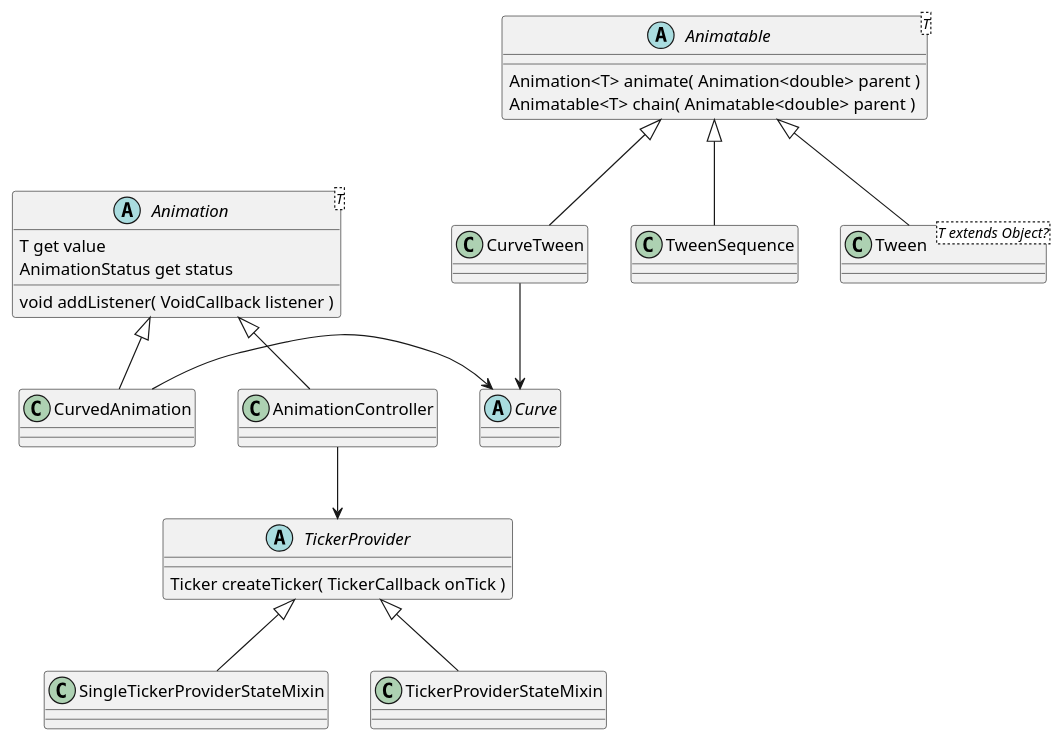
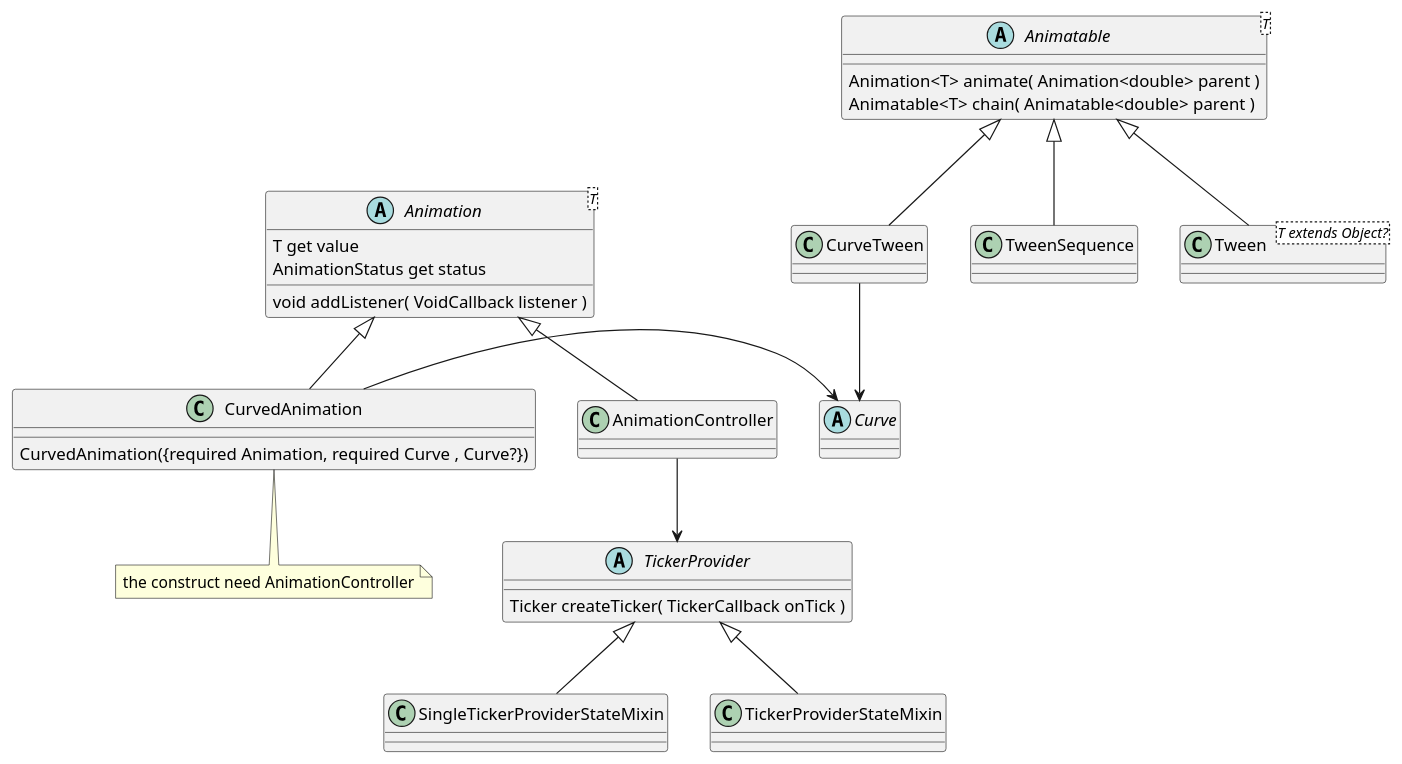
Before and after one commit to cer-cer/cer-cer.github.io: the diagram in docs/flutter/animation.md, drawn with PlantUML. The commit also changed 3 other files, not shown here.

````diff
--- a/docs/flutter/animation.md
+++ b/docs/flutter/animation.md
@@ -4,44 +4,47 @@
 ```plantuml
 @startuml
 
 abstract Animation<T> {
     T get value
     AnimationStatus get status
     void addListener( VoidCallback listener )
 }
 
 class AnimationController
-class CurvedAnimation
+class CurvedAnimation{
+    CurvedAnimation({required Animation, required Curve , Curve?})
+}
+note bottom: the construct need AnimationController
 
 CurvedAnimation -up-|> Animation
 AnimationController -up-|> Animation
 
 abstract Animatable<T> {
     Animation<T> animate( Animation<double> parent )
     Animatable<T> chain( Animatable<double> parent )
 }
 class Tween<T extends Object?>
 class CurveTween
 class TweenSequence
 
 Tween -up-|> Animatable
 CurveTween -up-|> Animatable
 TweenSequence -up-|> Animatable
 
 abstract Curve
 
 CurvedAnimation -right-> Curve
 CurveTween -down-> Curve
 
 abstract TickerProvider{
     Ticker createTicker( TickerCallback onTick )
 }
 class SingleTickerProviderStateMixin
 class TickerProviderStateMixin
 
 SingleTickerProviderStateMixin -up-|> TickerProvider
 TickerProviderStateMixin -up-|> TickerProvider
 
 AnimationController -down-> TickerProvider
 @enduml
 ```
````
